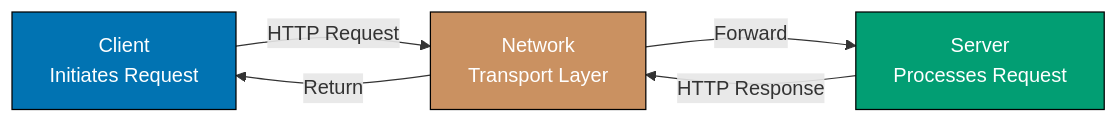
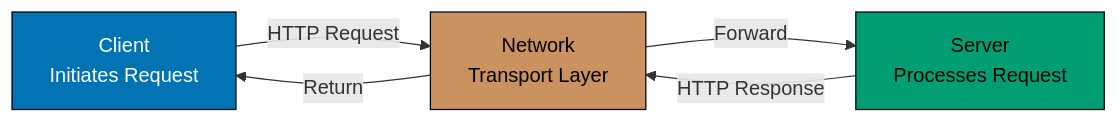
One commit to wahidyankf/ose-public changed the first of 8 diagrams in apps/ayokoding-www/content/en/learn/legacy/software-engineering/system-design/by-example/beginner.md. Above: the diagram before and after it, drawn with Mermaid. The commit also changed other lines of this file and 78 other files, not shown here.

First line of the commit message:
fix(mermaid): bring the remaining legacy software-engineering diagrams onto the accessible palette

````diff
--- a/apps/ayokoding-www/content/en/learn/legacy/software-engineering/system-design/by-example/beginner.md
+++ b/apps/ayokoding-www/content/en/learn/legacy/software-engineering/system-design/by-example/beginner.md
@@ -18,16 +18,22 @@
 ```mermaid
 %% Color Palette: Blue #0173B2, Orange #DE8F05, Teal #029E73, Purple #CC78BC, Brown #CA9161
 graph LR
+    accTitle: Example 1: The Client-Server Model
+    accDescr: Graph with 3 nodes and 4 connections. Nodes: Client Initiates Request, Network Transport Layer, Server Processes Request. Connections: Client Initiates Request to Network Transport Layer (HTTP Request), Network Transport Layer to Server Processes Request (Forward), Server Processes Request to Network Transport Layer (HTTP Response), Network Transport Layer to Client Initiates Request (Return).
     A["Client<br/>Initiates Request"]
     B["Network<br/>Transport Layer"]
     C["Server<br/>Processes Request"]
 
     A -->|"HTTP Request"| B
     B -->|"Forward"| C
     C -->|"HTTP Response"| B
     B -->|"Return"| A
 
-    style A fill:#0173B2,stroke:#000,color:#fff
-    style B fill:#CA9161,stroke:#000,color:#fff
-    style C fill:#029E73,stroke:#000,color:#fff
+    classDef pal-0173B2 fill:#0173B2,stroke:#000000,color:#FFFFFF
+    class A pal-0173B2
+    classDef pal-CA9161 fill:#CA9161,stroke:#000000,color:#000000
+    class B pal-CA9161
+    classDef pal-029E73 fill:#029E73,stroke:#000000,color:#000000
+    class C pal-029E73
+    classDef default fill:#FFFFFF,stroke:#000000,color:#000000
 ```
````
